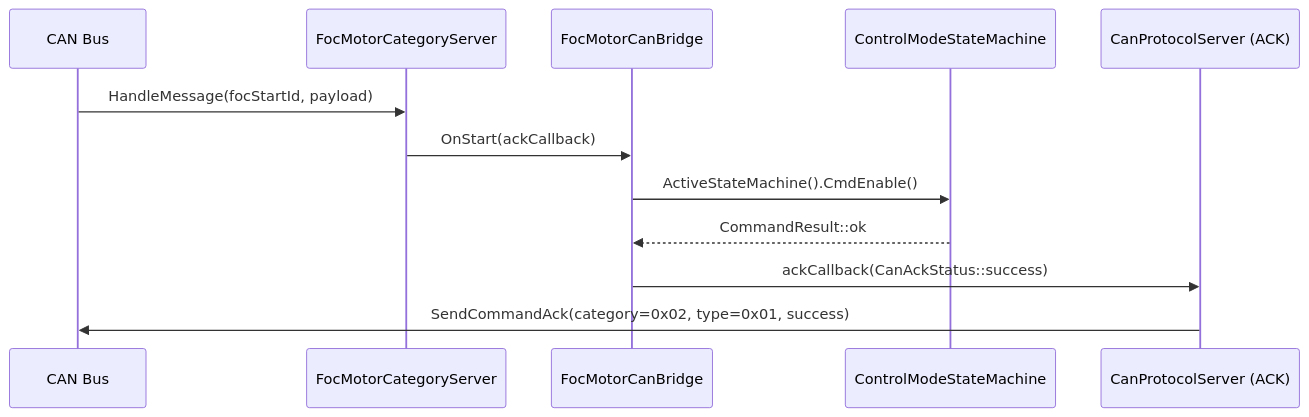
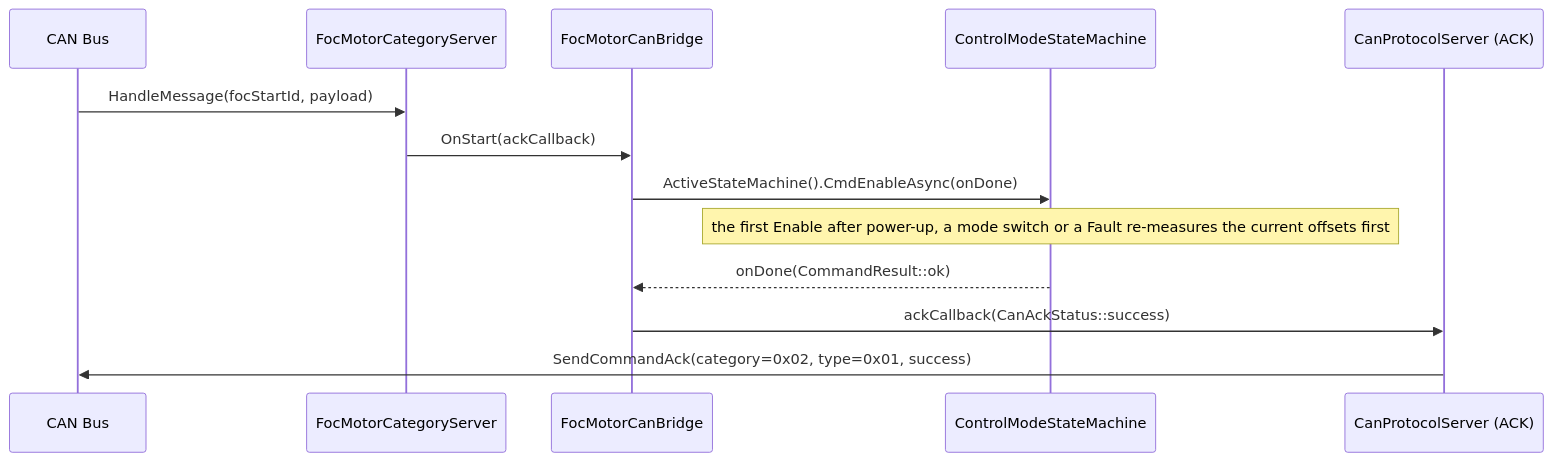
The fourth of 8 diagrams in documentation/design/service-can.md (embedded-pro/e-foc), drawn with Mermaid before and after one commit. The commit also changed other lines of this file and 32 other files, not shown here.

````diff
--- a/documentation/design/service-can.md
+++ b/documentation/design/service-can.md
@@ -749,15 +749,16 @@
 ```mermaid
 sequenceDiagram
     participant CAN as CAN Bus
     participant SRV as FocMotorCategoryServer
     participant BRG as FocMotorCanBridge
     participant SM as ControlModeStateMachine
     participant ACK as CanProtocolServer (ACK)
 
     CAN->>SRV: HandleMessage(focStartId, payload)
     SRV->>BRG: OnStart(ackCallback)
-    BRG->>SM: ActiveStateMachine().CmdEnable()
-    SM-->>BRG: CommandResult::ok
+    BRG->>SM: ActiveStateMachine().CmdEnableAsync(onDone)
+    note over SM: the first Enable after power-up, a mode switch or a Fault re-measures the current offsets first
+    SM-->>BRG: onDone(CommandResult::ok)
     BRG->>ACK: ackCallback(CanAckStatus::success)
     ACK->>CAN: SendCommandAck(category=0x02, type=0x01, success)
 ```
````
